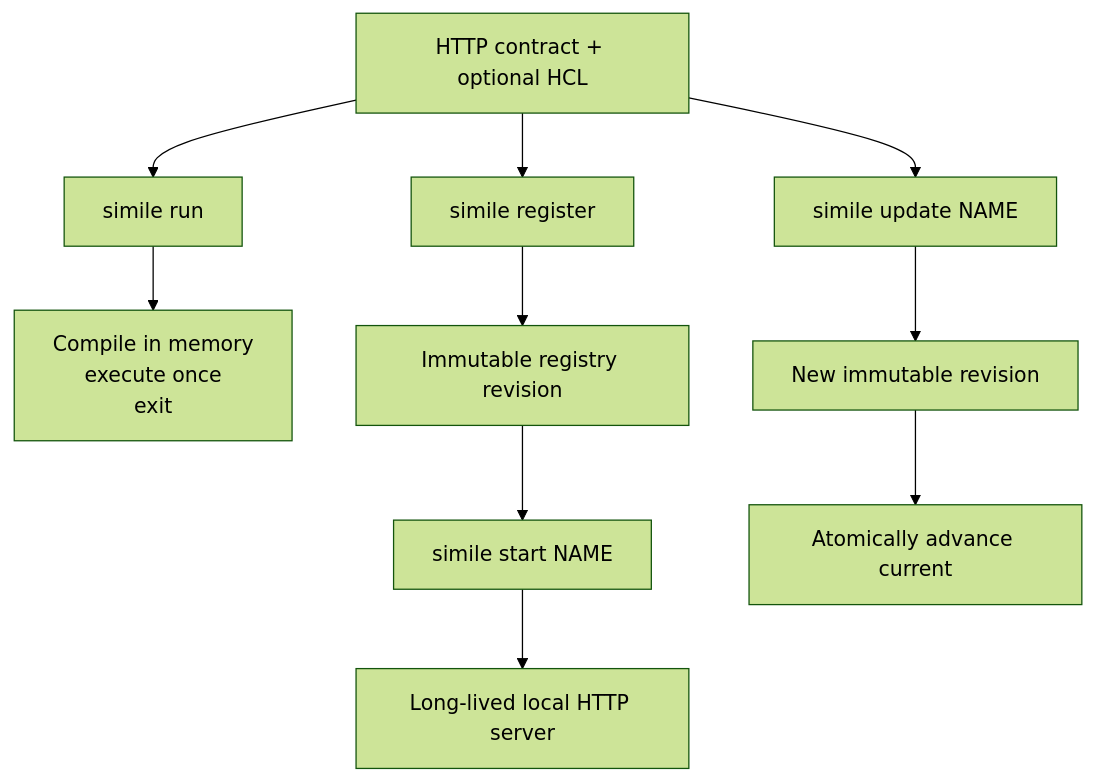
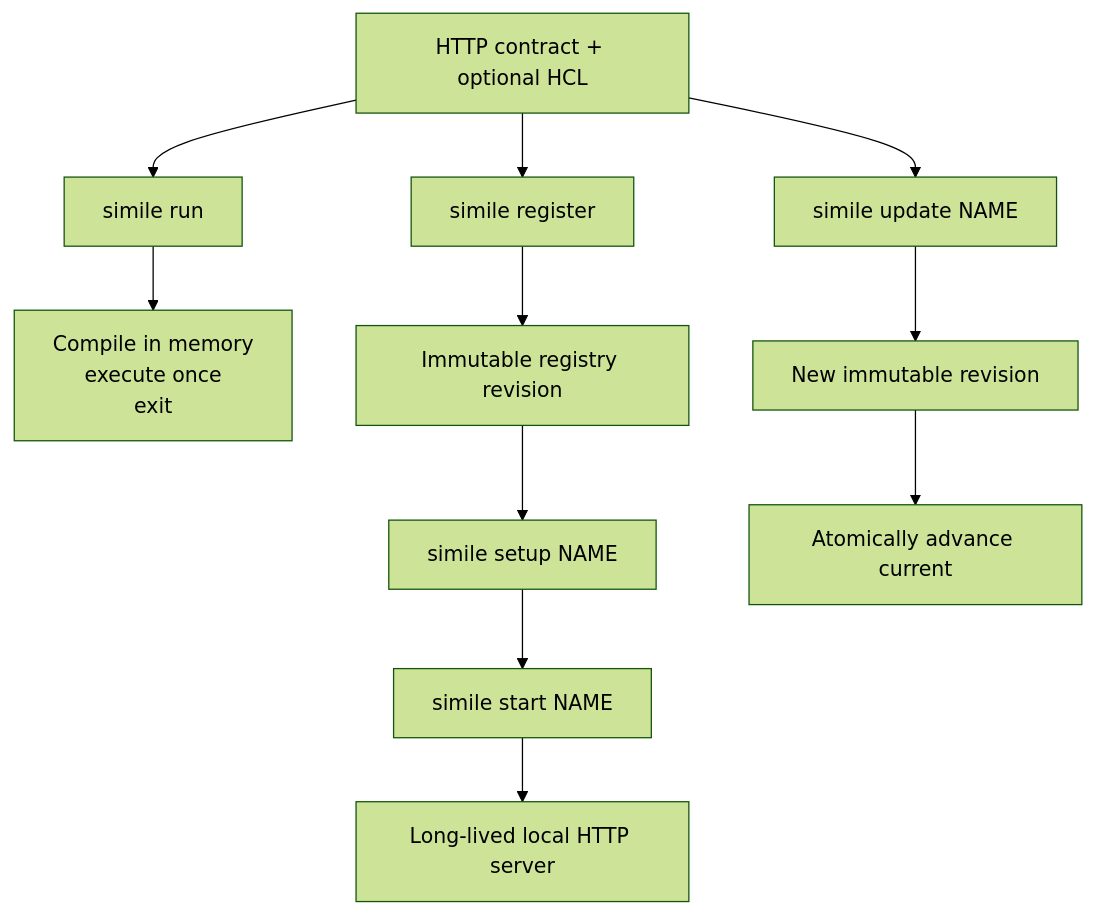
One commit to inttegro/simile changed the diagram in docs/service-lifecycle.md. Above: the diagram before and after it, drawn with Mermaid (forest theme). The commit also changed other lines of this file and 16 other files, not shown here.

````diff
--- a/docs/service-lifecycle.md
+++ b/docs/service-lifecycle.md
@@ -10,13 +10,14 @@
 ```mermaid
 flowchart TD
   Sources[HTTP contract + optional HCL]
   Sources --> Run[simile run]
   Run --> One[Compile in memory\nexecute once\nexit]
   Sources --> Register[simile register]
   Register --> Revision[Immutable registry revision]
-  Revision --> Start[simile start NAME]
+  Revision --> Setup[simile setup NAME]
+  Setup --> Start[simile start NAME]
   Start --> Server[Long-lived local HTTP server]
   Sources --> Update[simile update NAME]
   Update --> NewRevision[New immutable revision]
   NewRevision --> Pointer[Atomically advance current]
 ```
````
